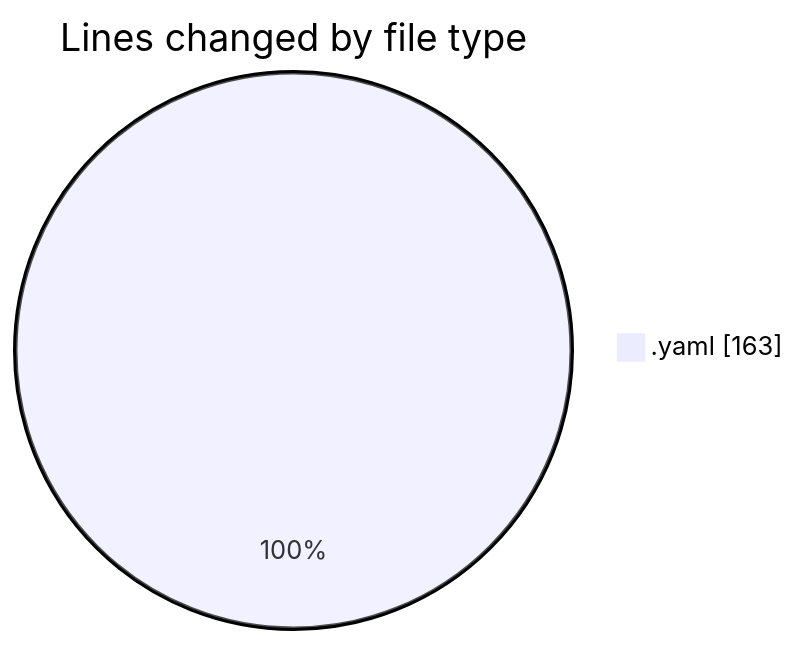
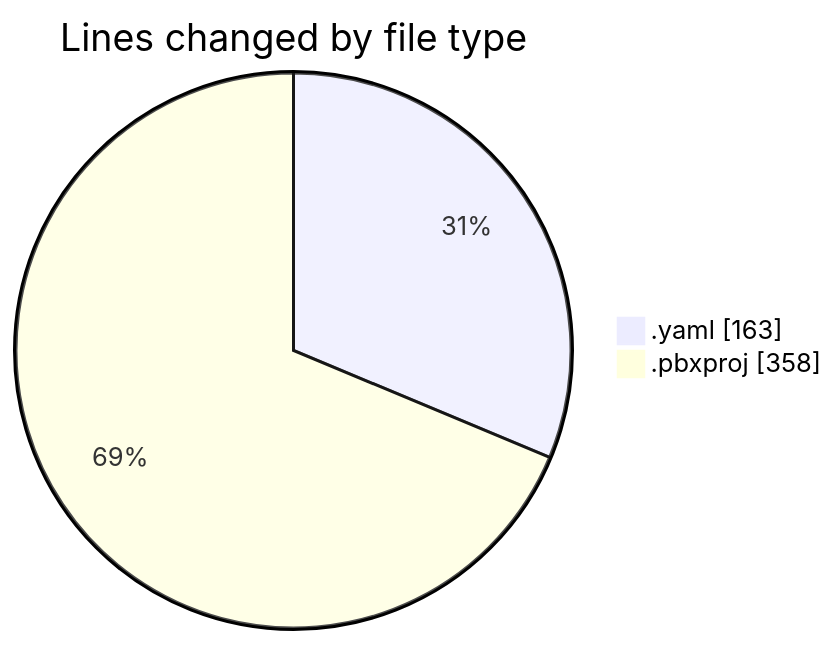
The first of 2 diagrams in 2025-08-11/studybuddy/README.md (lephambinh05/code-tracking), drawn with Mermaid before and after one commit. The commit also changed other lines of this file and 1 other file, not shown here.

````diff
--- a/2025-08-11/studybuddy/README.md
+++ b/2025-08-11/studybuddy/README.md
@@ -20,5 +21,6 @@
 ```mermaid
 pie showData
 title Lines changed by file type
 ".yaml" : 163
+".pbxproj" : 358
 ```
````
